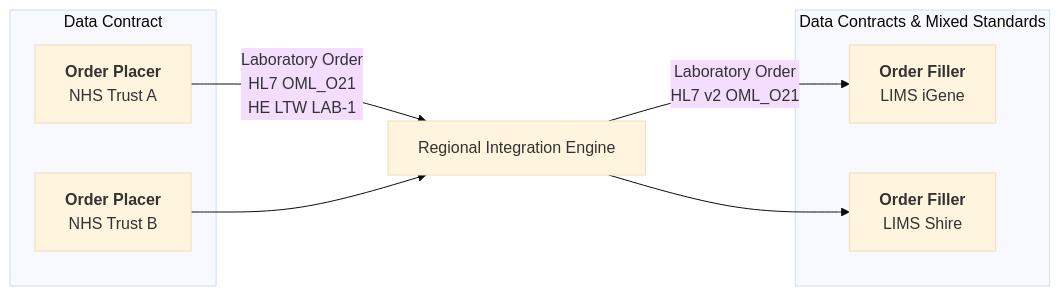
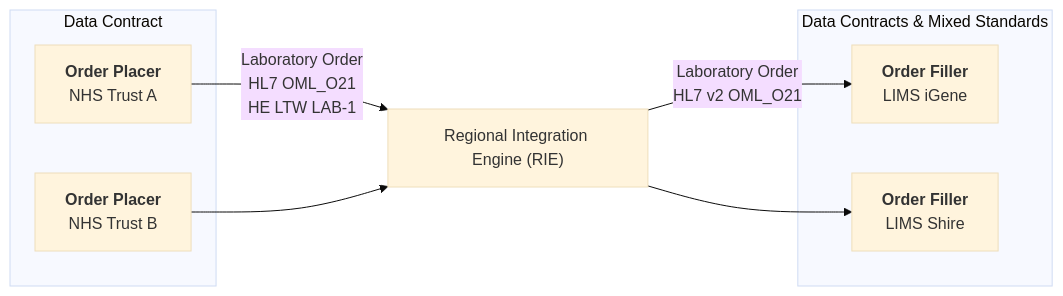
One commit to uk-gov-mirror/nw-gmsa.nw-gmsa.github.com changed the third of 5 diagrams in input/pagecontent/index.md. Above: the diagram before and after it, drawn with Mermaid (base theme). The commit also changed other lines of this file, not shown here.

````diff
--- a/input/pagecontent/index.md
+++ b/input/pagecontent/index.md
@@ -47,18 +47,18 @@
 ```mermaid
 graph LR
   
-    RIE[Regional Integration Engine]
+    RIE["Regional Integration Engine (RIE)"]
     NHSA --> |Laboratory Order<br/>HL7 OML_O21<br/>HE LTW LAB-1| RIE
     NHSB --> RIE
     RIE --> |Laboratory Order<br/>HL7 v2 OML_O21| LIMSA
     RIE --> LIMSB
 
     subgraph DataContracts[Data Contract]
         NHSA[<b>Order Placer</b><br/>NHS Trust A]
         NHSB[<b>Order Placer</b><br/>NHS Trust B] 
     end 
       subgraph Multiple[Data Contracts & Mixed Standards]
         LIMSA[<b>Order Filler</b><br>LIMS iGene]
         LIMSB[<b>Order Filler</b><br>LIMS Shire]
     end
 ```
````
